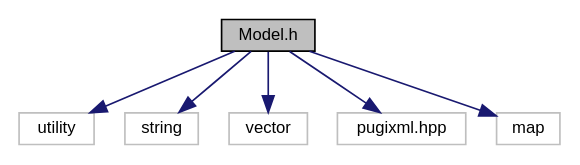
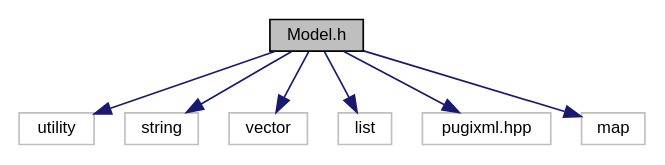
The diagram in Docs/_model_8h__incl.dot (Simply-Ian/silentwater), drawn with Graphviz before and after one commit. The commit also changed 160 other files, not shown here.

```diff
--- a/Docs/_model_8h__incl.dot
+++ b/Docs/_model_8h__incl.dot
@@ -1,17 +1,19 @@
 digraph "Model.h"
 {
  // LATEX_PDF_SIZE
   edge [fontname="Helvetica",fontsize="10",labelfontname="Helvetica",labelfontsize="10"];
   node [fontname="Helvetica",fontsize="10",shape=record];
   Node1 [label="Model.h",height=0.2,width=0.4,color="black", fillcolor="grey75", style="filled", fontcolor="black",tooltip="Определяет классы Fragment, Walker и Model."];
   Node1 -> Node2 [color="midnightblue",fontsize="10",style="solid",fontname="Helvetica"];
   Node2 [label="utility",height=0.2,width=0.4,color="grey75", fillcolor="white", style="filled",tooltip=" "];
   Node1 -> Node3 [color="midnightblue",fontsize="10",style="solid",fontname="Helvetica"];
   Node3 [label="string",height=0.2,width=0.4,color="grey75", fillcolor="white", style="filled",tooltip=" "];
   Node1 -> Node4 [color="midnightblue",fontsize="10",style="solid",fontname="Helvetica"];
   Node4 [label="vector",height=0.2,width=0.4,color="grey75", fillcolor="white", style="filled",tooltip=" "];
   Node1 -> Node5 [color="midnightblue",fontsize="10",style="solid",fontname="Helvetica"];
-  Node5 [label="pugixml.hpp",height=0.2,width=0.4,color="grey75", fillcolor="white", style="filled",tooltip=" "];
+  Node5 [label="list",height=0.2,width=0.4,color="grey75", fillcolor="white", style="filled",tooltip=" "];
   Node1 -> Node6 [color="midnightblue",fontsize="10",style="solid",fontname="Helvetica"];
-  Node6 [label="map",height=0.2,width=0.4,color="grey75", fillcolor="white", style="filled",tooltip=" "];
+  Node6 [label="pugixml.hpp",height=0.2,width=0.4,color="grey75", fillcolor="white", style="filled",tooltip=" "];
+  Node1 -> Node7 [color="midnightblue",fontsize="10",style="solid",fontname="Helvetica"];
+  Node7 [label="map",height=0.2,width=0.4,color="grey75", fillcolor="white", style="filled",tooltip=" "];
 }
```
